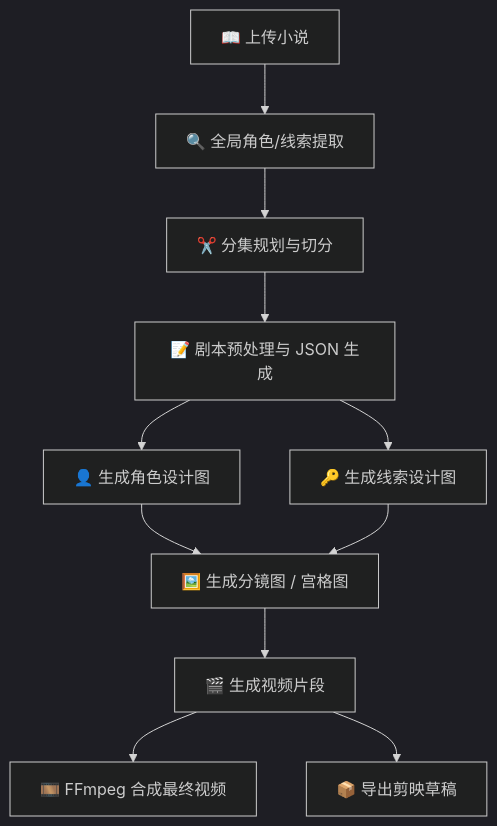
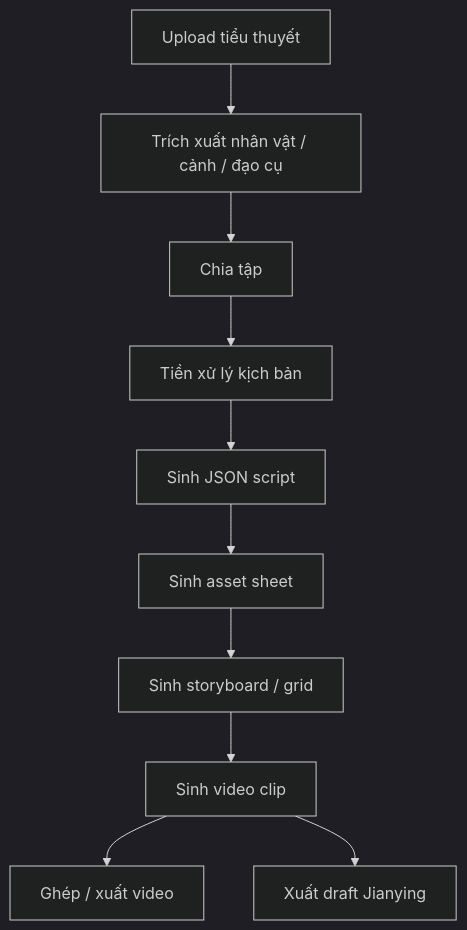
Before and after one commit to phamminhkhanh/ArcReel: the first of 3 diagrams in README.md, drawn with Mermaid (dark theme). The commit also changed other lines of this file, not shown here.

````diff
--- a/README.md
+++ b/README.md
@@ -87,13 +101,12 @@
 ```mermaid
 graph TD
-    A["📖 上传小说"] --> B["🔍 全局角色/线索提取"]
-    B --> C["✂️ 分集规划与切分"]
-    C --> D["📝 剧本预处理与 JSON 生成"]
-    D --> E["👤 生成角色设计图"]
-    D --> F["🔑 生成线索设计图"]
-    E --> G["🖼️ 生成分镜图 / 宫格图"]
-    F --> G
-    G --> H["🎬 生成视频片段"]
-    H --> I["🎞️ FFmpeg 合成最终视频"]
-    H --> J["📦 导出剪映草稿"]
+    A[Upload tiểu thuyết] --> B[Trích xuất nhân vật / cảnh / đạo cụ]
+    B --> C[Chia tập]
+    C --> D[Tiền xử lý kịch bản]
+    D --> E[Sinh JSON script]
+    E --> F[Sinh asset sheet]
+    F --> G[Sinh storyboard / grid]
+    G --> H[Sinh video clip]
+    H --> I[Ghép / xuất video]
+    H --> J[Xuất draft Jianying]
 ```
````
